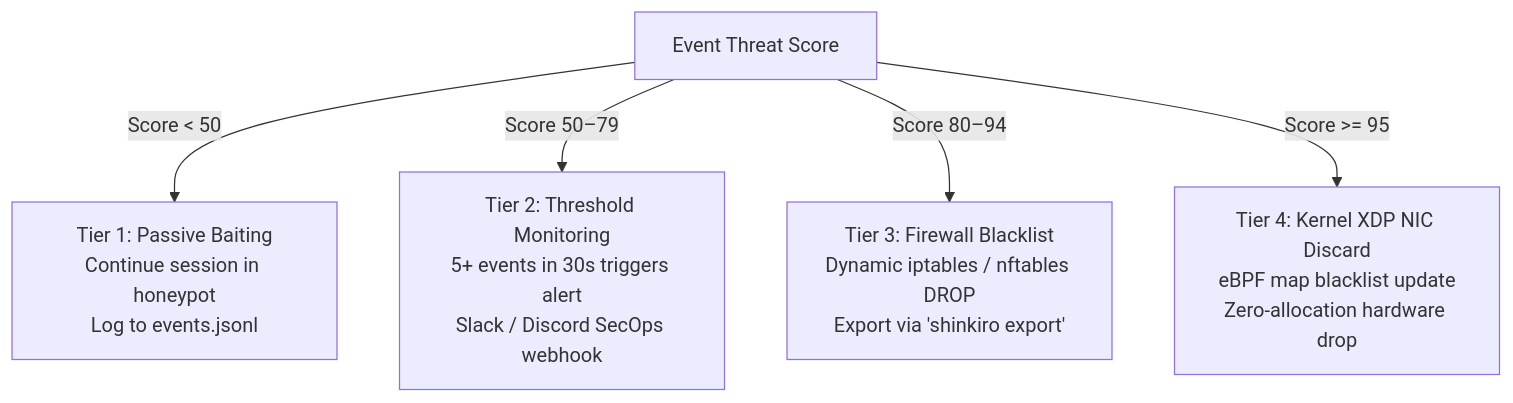
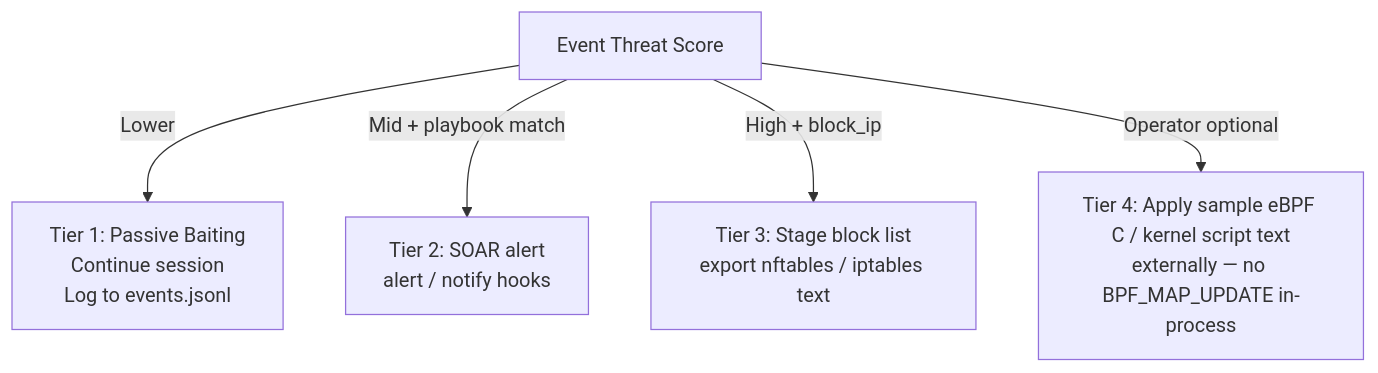
One commit to Haiagari/shinkiro changed the second of 3 diagrams in docs/architecture/threat-scoring.md. Above: the diagram before and after it, drawn with Mermaid. The commit also changed other lines of this file and 8 other files, not shown here.

````diff
--- a/docs/architecture/threat-scoring.md
+++ b/docs/architecture/threat-scoring.md
@@ -122,9 +119,9 @@
 ```mermaid
 graph TD
     Score["Event Threat Score"]
     
-    Score -->|Score < 50| P1["Tier 1: Passive Baiting<br/>Continue session in honeypot<br/>Log to events.jsonl"]
-    Score -->|Score 50–79| P2["Tier 2: Threshold Monitoring<br/>5+ events in 30s triggers alert<br/>Slack / Discord SecOps webhook"]
-    Score -->|Score 80–94| P3["Tier 3: Firewall Blacklist<br/>Dynamic iptables / nftables DROP<br/>Export via 'shinkiro export'"]
-    Score -->|Score >= 95| P4["Tier 4: Kernel XDP NIC Discard<br/>eBPF map blacklist update<br/>Zero-allocation hardware drop"]
+    Score -->|Lower| P1["Tier 1: Passive Baiting<br/>Continue session<br/>Log to events.jsonl"]
+    Score -->|Mid + playbook match| P2["Tier 2: SOAR alert<br/>alert / notify hooks"]
+    Score -->|High + block_ip| P3["Tier 3: Stage block list<br/>export nftables / iptables text"]
+    Score -->|Operator optional| P4["Tier 4: Apply sample eBPF C / kernel script text<br/>externally — no BPF_MAP_UPDATE in-process"]
 ```
````
